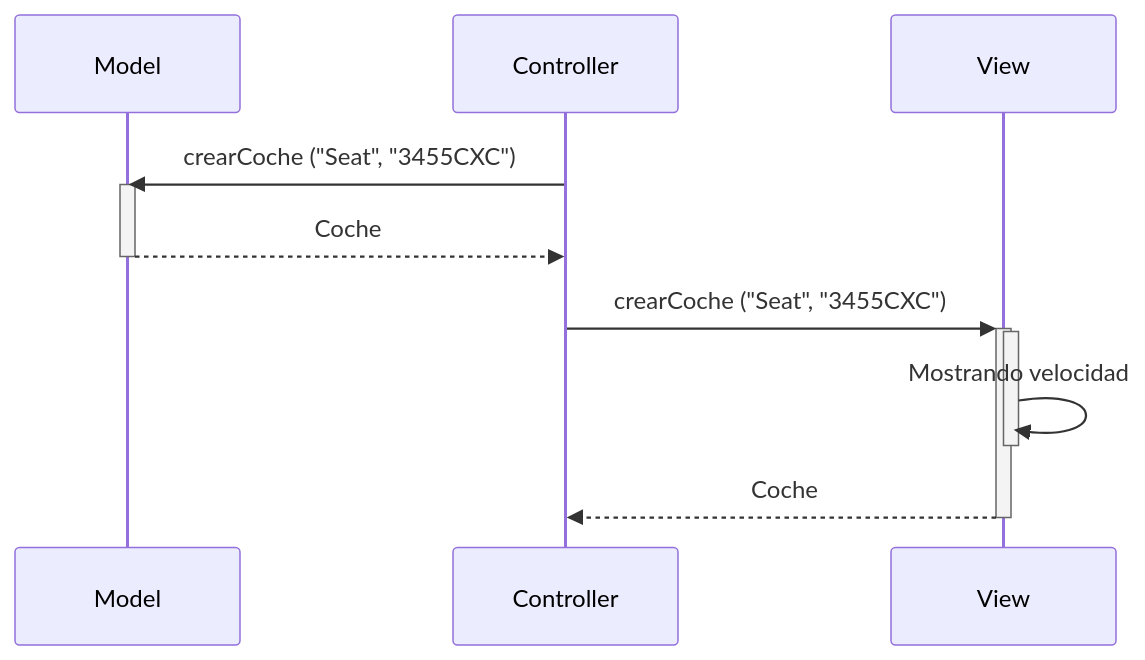
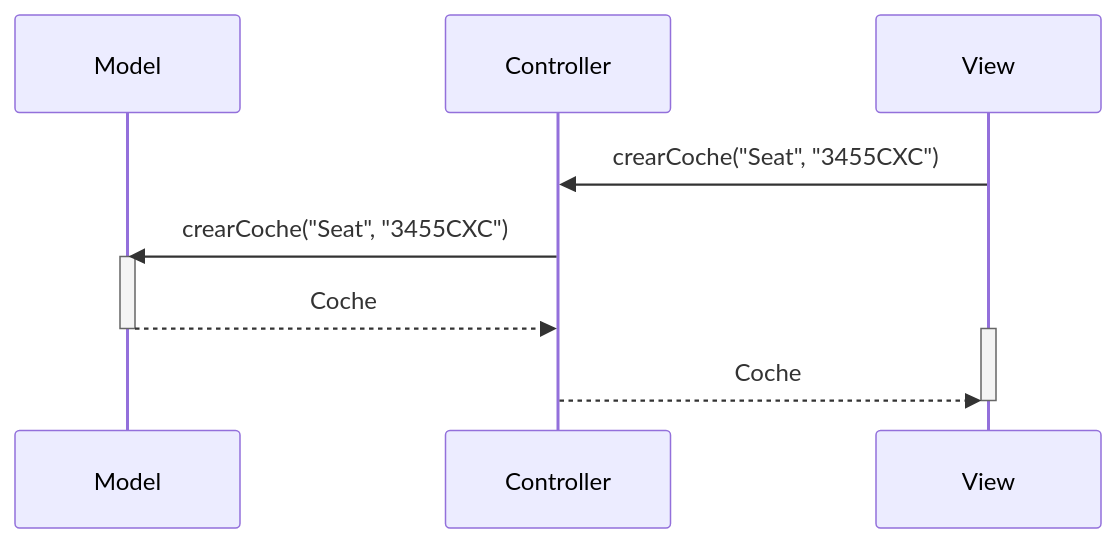
The first of 2 diagrams in readme2.md (CarlosCA1/MVC_coches), drawn with Mermaid before and after one commit. The commit also changed other lines of this file, not shown here.

````diff
--- a/readme2.md
+++ b/readme2.md
@@ -1,15 +1,17 @@
 ```mermaid
 sequenceDiagram
     participant Model
     participant Controller
     participant View
-    Controller->>Model: crearCoche ("Seat", "3455CXC")
+
+    
+    View->>Controller: crearCoche("Seat", "3455CXC")
+    Controller->>Model: crearCoche("Seat", "3455CXC")
     activate Model
     Model-->>Controller: Coche
     deactivate Model
-    Controller->>+View: crearCoche ("Seat", "3455CXC")
     activate View
-    View->>-View: Mostrando velocidad
-    View-->>Controller: Coche
+    Controller-->>View: Coche
     deactivate View
+
 ```
````
